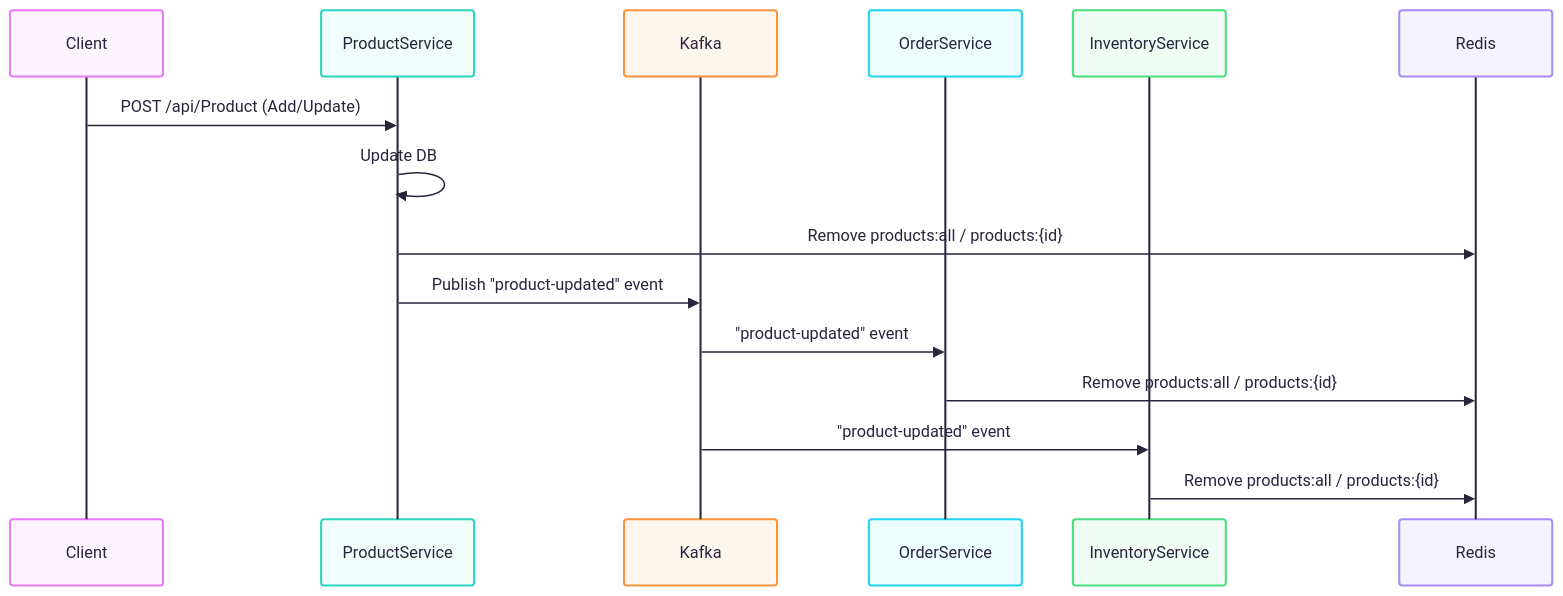
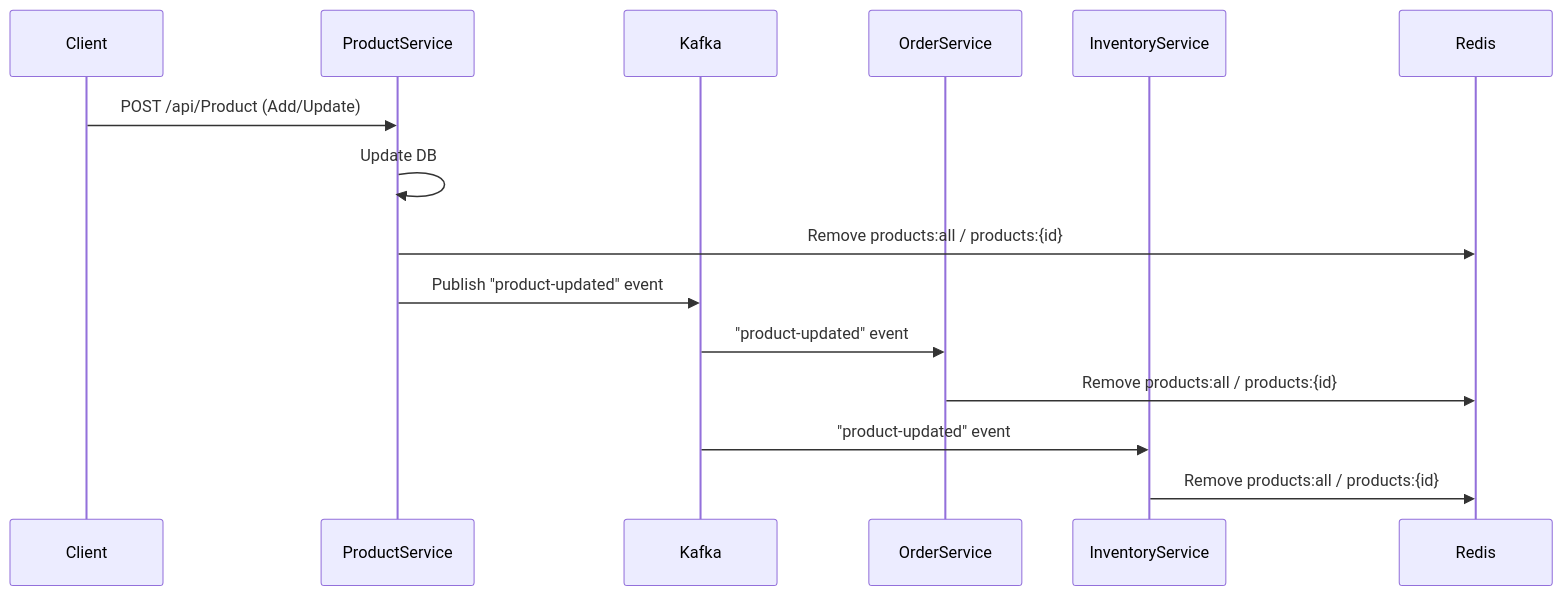
One commit to nuchit2019/microservices-cache-redis-kafka changed the diagram in README.md. Above: the diagram before and after it, drawn with Mermaid.

````diff
--- a/README.md
+++ b/README.md
@@ -217,24 +217,18 @@
 ```mermaid
- ---
-
-config:
-  theme: redux-color
- ---
-
 sequenceDiagram
   participant Client as Client
   participant ProductService as ProductService
   participant Kafka as Kafka
   participant OrderService as OrderService
   participant InventoryService as InventoryService
   participant Redis as Redis
   Client ->> ProductService: POST /api/Product (Add/Update)
   ProductService ->> ProductService: Update DB
   ProductService ->> Redis: Remove products:all / products:{id}
   ProductService ->> Kafka: Publish "product-updated" event
   Kafka ->> OrderService: "product-updated" event
   OrderService ->> Redis: Remove products:all / products:{id}
   Kafka ->> InventoryService: "product-updated" event
   InventoryService ->> Redis: Remove products:all / products:{id}
 
 ```
````
